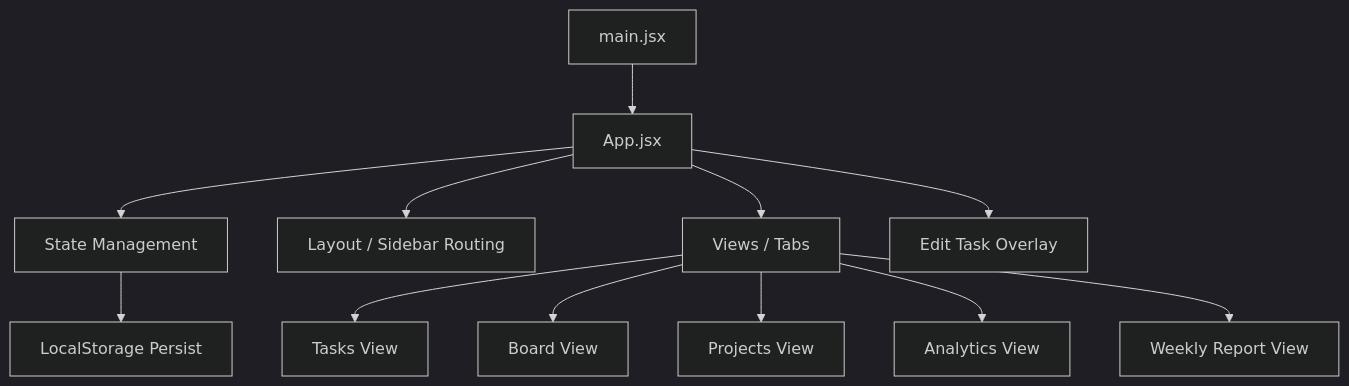
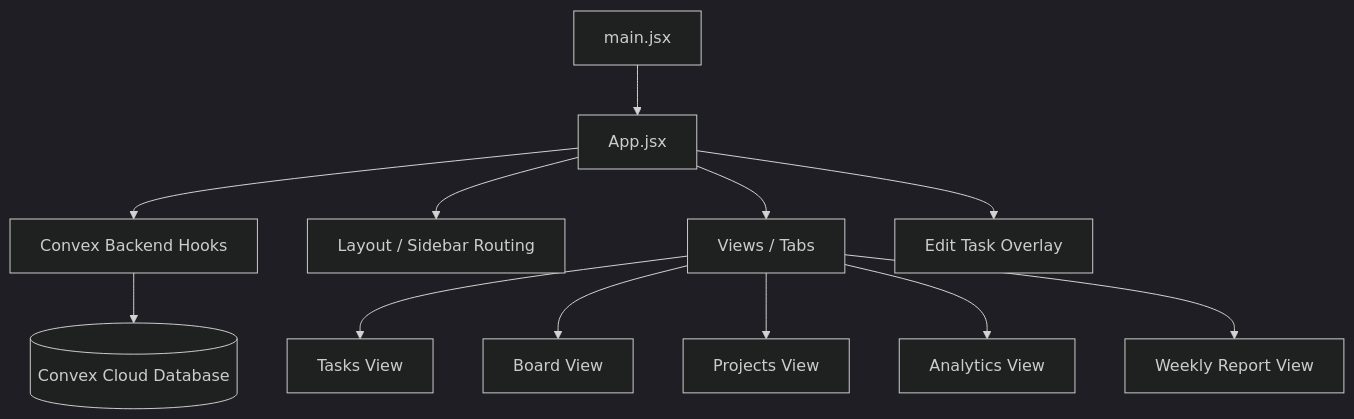
Before and after one commit to dcimring/task-manager: the diagram in ARCHITECTURE.md, drawn with Mermaid (dark theme). The commit also changed other lines of this file and 11 other files, not shown here.

Commit message:
feat: migrate task manager to real-time convex cloud backend

````diff
--- a/ARCHITECTURE.md
+++ b/ARCHITECTURE.md
@@ -23,14 +23,14 @@
 ```mermaid
 graph TD
     A[main.jsx] --> B[App.jsx]
-    B --> C[State Management]
+    B --> C[Convex Backend Hooks]
     B --> D[Layout / Sidebar Routing]
     B --> E[Views / Tabs]
     E --> F[Tasks View]
     E --> G[Board View]
     E --> H[Projects View]
     E --> I[Analytics View]
     E --> J[Weekly Report View]
     B --> K[Edit Task Overlay]
-    C --> L[LocalStorage Persist]
+    C --> L[(Convex Cloud Database)]
 ```
````
